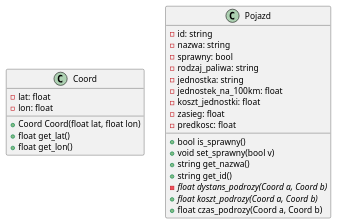
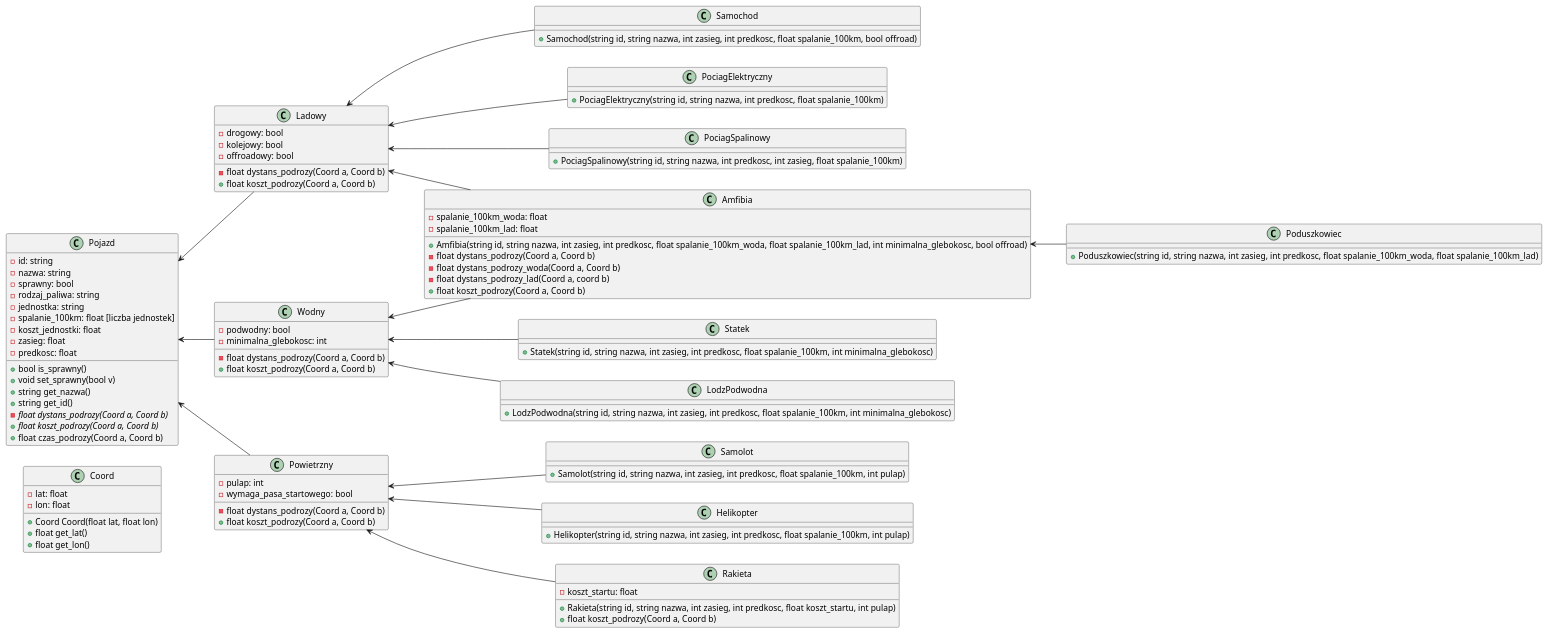
One commit to jmolinski/po changed the diagram in lab1/pojazdy.puml. Above: the diagram before and after it, drawn with PlantUML.

Commit message:
Lab1 - pojazdy [done]

```diff
--- a/lab1/pojazdy.puml
+++ b/lab1/pojazdy.puml
@@ -1,33 +1,128 @@
 @startuml pojazdy
+
+left to right direction
 
 class Coord {
   -lat: float
   -lon: float 
 
   +Coord Coord(float lat, float lon)
   +float get_lat()
   +float get_lon()
 }
 
 class Pojazd {
   -id: string
   -nazwa: string
   -sprawny: bool
   -rodzaj_paliwa: string
   -jednostka: string
-  -jednostek_na_100km: float
+  -spalanie_100km: float [liczba jednostek]
   -koszt_jednostki: float 
   -zasieg: float
   -predkosc: float
   
   +bool is_sprawny()
   +void set_sprawny(bool v)
   +string get_nazwa()
   +string get_id()
   -float {abstract} dystans_podrozy(Coord a, Coord b)
   +float {abstract} koszt_podrozy(Coord a, Coord b)
   +float czas_podrozy(Coord a, Coord b)
 }
 
+class Ladowy {
+  -drogowy: bool 
+  -kolejowy: bool 
+  -offroadowy: bool
+
+  -float dystans_podrozy(Coord a, Coord b)
+  +float koszt_podrozy(Coord a, Coord b)
+}
+
+class Wodny {
+  -podwodny: bool
+  -minimalna_glebokosc: int 
+
+  -float dystans_podrozy(Coord a, Coord b)
+  +float koszt_podrozy(Coord a, Coord b)
+}
+
+class Powietrzny {
+  -pulap: int 
+  -wymaga_pasa_startowego: bool 
+
+  -float dystans_podrozy(Coord a, Coord b)
+  +float koszt_podrozy(Coord a, Coord b)
+}
+
+Pojazd <-- Ladowy
+Pojazd <-- Wodny
+Pojazd <-- Powietrzny
+
+class Statek {
+  +Statek(string id, string nazwa, int zasieg, int predkosc, float spalanie_100km, int minimalna_glebokosc)
+}
+
+class LodzPodwodna {
+  +LodzPodwodna(string id, string nazwa, int zasieg, int predkosc, float spalanie_100km, int minimalna_glebokosc)
+}
+
+Wodny <-- Statek
+Wodny <-- LodzPodwodna
+
+class Amfibia {
+ -spalanie_100km_woda: float
+ -spalanie_100km_lad: float
+ +Amfibia(string id, string nazwa, int zasieg, int predkosc, float spalanie_100km_woda, float spalanie_100km_lad, int minimalna_glebokosc, bool offroad)
+ -float dystans_podrozy(Coord a, Coord b)
+ -float dystans_podrozy_woda(Coord a, Coord b)
+ -float dystans_podrozy_lad(Coord a, coord b)
+ +float koszt_podrozy(Coord a, Coord b)
+}
+
+class Poduszkowiec {
+ +Poduszkowiec(string id, string nazwa, int zasieg, int predkosc, float spalanie_100km_woda, float spalanie_100km_lad)
+}
+
+
+Wodny <-- Amfibia
+Ladowy <-- Amfibia
+
+Amfibia <-- Poduszkowiec
+
+class Samochod {
+  +Samochod(string id, string nazwa, int zasieg, int predkosc, float spalanie_100km, bool offroad)
+}
+
+class PociagElektryczny {
+  +PociagElektryczny(string id, string nazwa, int predkosc, float spalanie_100km)
+}
+
+class PociagSpalinowy {
+  +PociagSpalinowy(string id, string nazwa, int predkosc, int zasieg, float spalanie_100km)
+}
+
+Ladowy <-- Samochod
+Ladowy <-- PociagElektryczny 
+Ladowy <-- PociagSpalinowy
+
+class Samolot {
+  +Samolot(string id, string nazwa, int zasieg, int predkosc, float spalanie_100km, int pulap)
+}
+
+class Helikopter {
+  +Helikopter(string id, string nazwa, int zasieg, int predkosc, float spalanie_100km, int pulap)
+}
+
+class Rakieta {
+  -koszt_startu: float
+  +Rakieta(string id, string nazwa, int zasieg, int predkosc, float koszt_startu, int pulap)
+  +float koszt_podrozy(Coord a, Coord b)
+}
+
+Powietrzny <-- Samolot
+Powietrzny <-- Helikopter
+Powietrzny <-- Rakieta
 
 @enduml 
```
